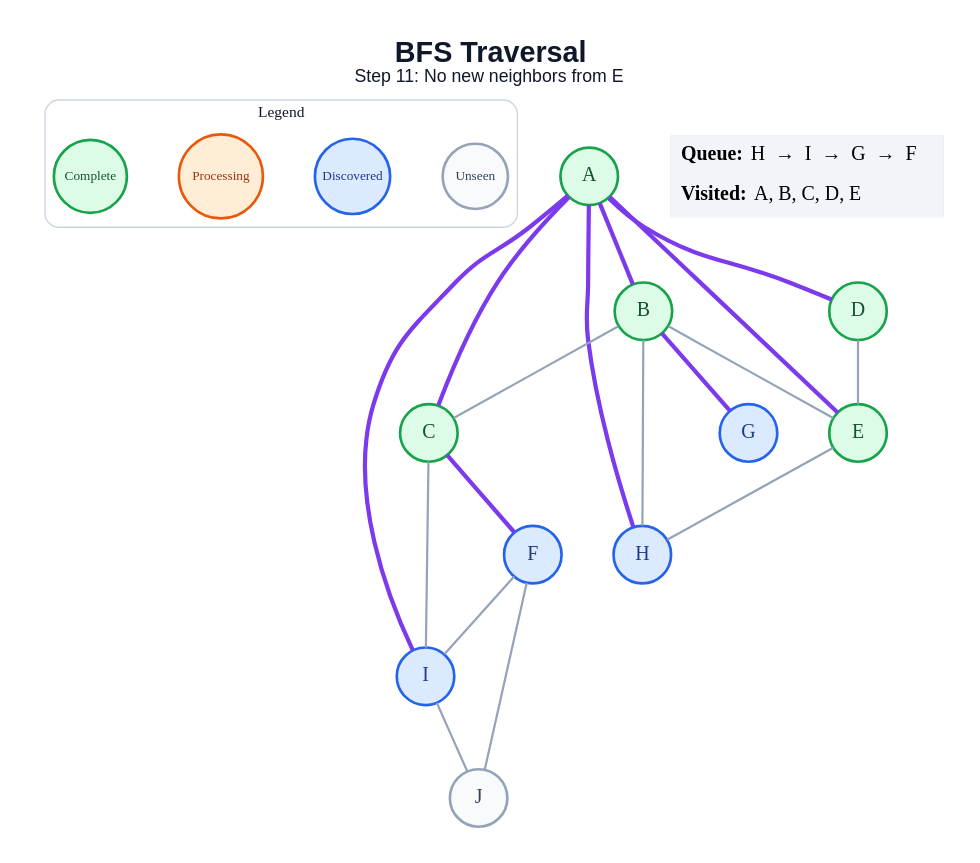
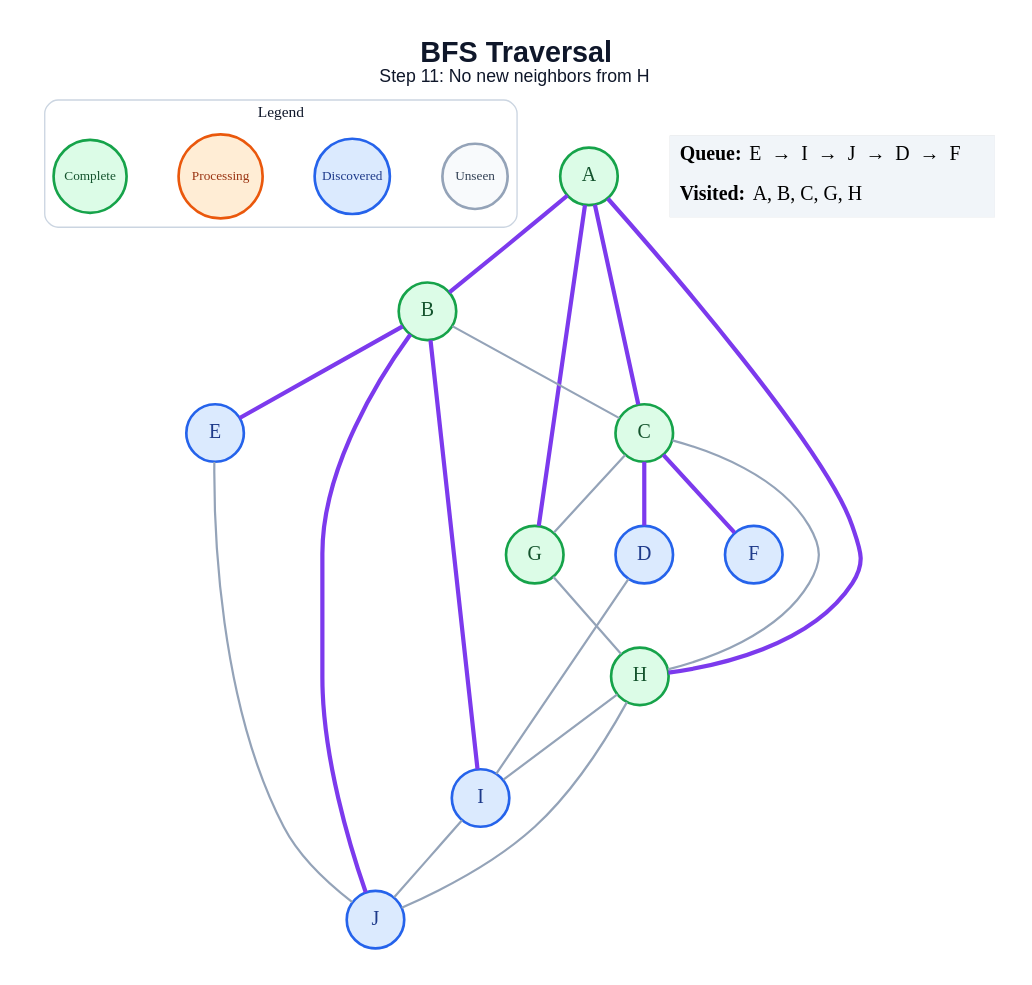
Before and after one commit to amanghodawala9/ai-slop: the diagram in generated/bfs/step_11.dot, drawn with Graphviz. The commit also changed 178 other files, not shown here.

```diff
--- a/generated/bfs/step_11.dot
+++ b/generated/bfs/step_11.dot
@@ -1,46 +1,47 @@
 graph traversal {
   graph [layout=dot, rankdir=TB, bgcolor="#FFFFFF", pad="0.35", nodesep="0.65", ranksep="0.8", fontname="Arial"];
   node [shape=circle, style="filled", fontname="Arial Bold", fontsize=18, width=0.72, fixedsize=true, penwidth=2.4];
   edge [color="#94A3B8", penwidth=2.0];
-  label=<<B>BFS Traversal</B><BR/><FONT POINT-SIZE="16">Step 11: No new neighbors from E</FONT>>; labelloc="t"; fontsize=26; fontname="Arial"; fontcolor="#0F172A";
+  label=<<B>BFS Traversal</B><BR/><FONT POINT-SIZE="16">Step 11: No new neighbors from H</FONT>>; labelloc="t"; fontsize=26; fontname="Arial"; fontcolor="#0F172A";
   subgraph cluster_legend { label="Legend"; color="#CBD5E1"; penwidth=1.2; style="rounded"; fontsize=14; fontname="Arial Bold";
     key_unseen [label="Unseen", fillcolor="#F8FAFC", color="#94A3B8", fontcolor="#334155", fontsize=12, width=0.82];
     key_frontier [label="Discovered", fillcolor="#DBEAFE", color="#2563EB", fontcolor="#1E3A8A", fontsize=12, width=0.95];
     key_current [label="Processing", fillcolor="#FFEDD5", color="#EA580C", fontcolor="#9A3412", fontsize=12, width=1.05];
     key_done [label="Complete", fillcolor="#DCFCE7", color="#16A34A", fontcolor="#14532D", fontsize=12, width=0.92];
     { rank=same; key_unseen; key_frontier; key_current; key_done; }
   }
   A [fillcolor="#DCFCE7", color="#16A34A", fontcolor="#14532D"];
   B [fillcolor="#DCFCE7", color="#16A34A", fontcolor="#14532D"];
   C [fillcolor="#DCFCE7", color="#16A34A", fontcolor="#14532D"];
-  D [fillcolor="#DCFCE7", color="#16A34A", fontcolor="#14532D"];
-  E [fillcolor="#DCFCE7", color="#16A34A", fontcolor="#14532D"];
+  D [fillcolor="#DBEAFE", color="#2563EB", fontcolor="#1E3A8A"];
+  E [fillcolor="#DBEAFE", color="#2563EB", fontcolor="#1E3A8A"];
   F [fillcolor="#DBEAFE", color="#2563EB", fontcolor="#1E3A8A"];
-  G [fillcolor="#DBEAFE", color="#2563EB", fontcolor="#1E3A8A"];
-  H [fillcolor="#DBEAFE", color="#2563EB", fontcolor="#1E3A8A"];
+  G [fillcolor="#DCFCE7", color="#16A34A", fontcolor="#14532D"];
+  H [fillcolor="#DCFCE7", color="#16A34A", fontcolor="#14532D"];
   I [fillcolor="#DBEAFE", color="#2563EB", fontcolor="#1E3A8A"];
-  J [fillcolor="#F8FAFC", color="#94A3B8", fontcolor="#334155"];
+  J [fillcolor="#DBEAFE", color="#2563EB", fontcolor="#1E3A8A"];
   A -- B [color="#7C3AED", penwidth=3.8];
   A -- C [color="#7C3AED", penwidth=3.8];
-  A -- D [color="#7C3AED", penwidth=3.8];
-  A -- E [color="#7C3AED", penwidth=3.8];
+  A -- G [color="#7C3AED", penwidth=3.8];
   A -- H [color="#7C3AED", penwidth=3.8];
-  A -- I [color="#7C3AED", penwidth=3.8];
   B -- C;
-  B -- E;
-  B -- G [color="#7C3AED", penwidth=3.8];
-  B -- H;
+  B -- E [color="#7C3AED", penwidth=3.8];
+  B -- I [color="#7C3AED", penwidth=3.8];
+  B -- J [color="#7C3AED", penwidth=3.8];
+  C -- D [color="#7C3AED", penwidth=3.8];
   C -- F [color="#7C3AED", penwidth=3.8];
-  C -- I;
-  D -- E;
-  E -- H;
-  F -- I;
-  F -- J;
+  C -- G;
+  C -- H;
+  D -- I;
+  E -- J;
+  G -- H;
+  H -- I;
+  H -- J;
   I -- J;
   status [shape=plain, fixedsize=false, width=0, height=0, margin=0, label=<
     <TABLE BORDER="0" CELLBORDER="0" CELLPADDING="7" BGCOLOR="#F1F5F9">
-      <TR><TD ALIGN="LEFT"><B>Queue:</B> H  →  I  →  G  →  F</TD></TR>
-      <TR><TD ALIGN="LEFT"><B>Visited:</B> A, B, C, D, E</TD></TR>
+      <TR><TD ALIGN="LEFT"><B>Queue:</B> E  →  I  →  J  →  D  →  F</TD></TR>
+      <TR><TD ALIGN="LEFT"><B>Visited:</B> A, B, C, G, H</TD></TR>
     </TABLE>
   >];
 }
```
